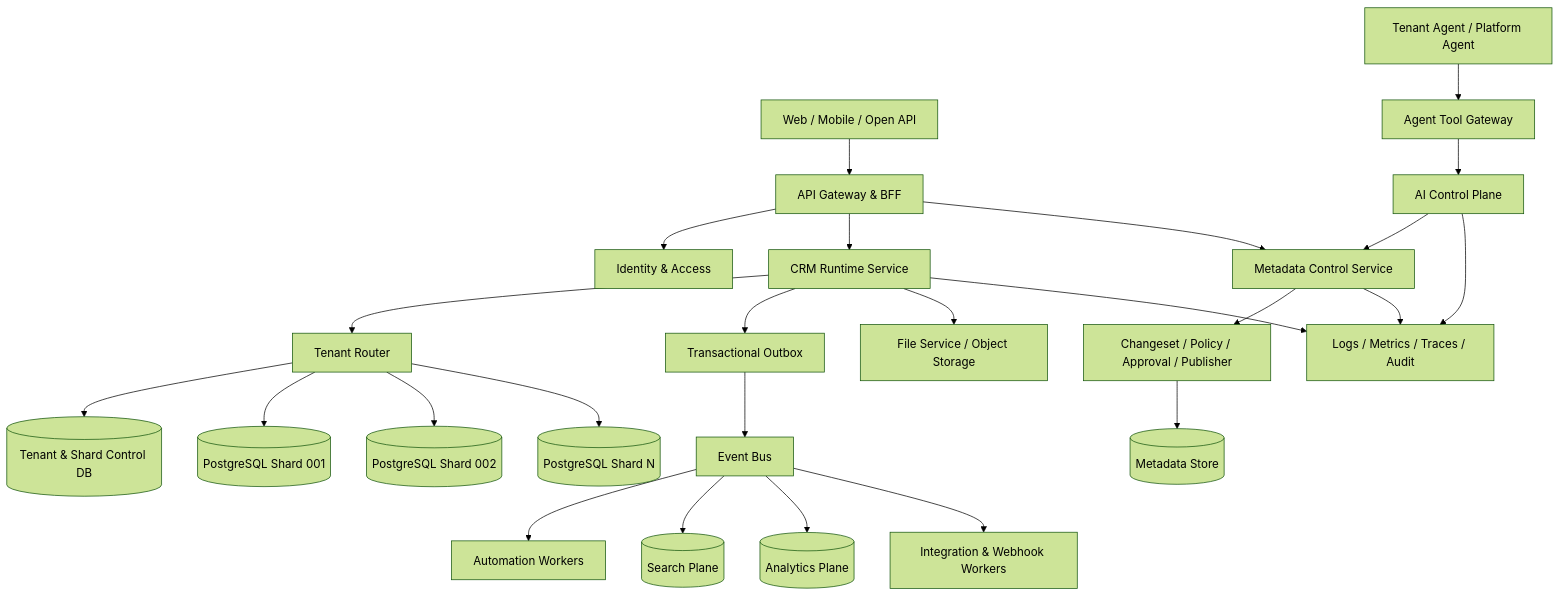
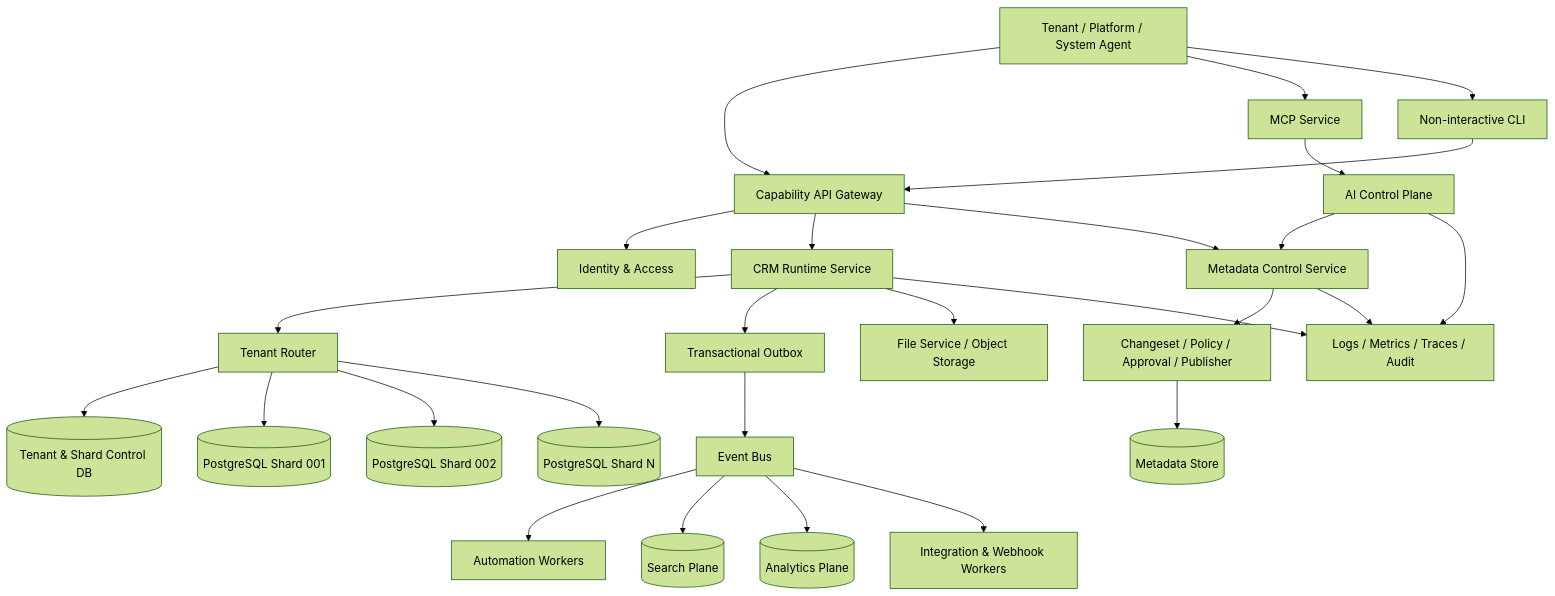
One commit to OlivierZEN/ai-native-platform changed the first of 4 diagrams in docs/specs/FEAT-009-greenfield-ai-native-crm-platform.md. Above: the diagram before and after it, drawn with Mermaid (forest theme). The commit also changed other lines of this file and 6 other files, not shown here.

Commit message:
Define pure Agent capability contract

````diff
--- a/docs/specs/FEAT-009-greenfield-ai-native-crm-platform.md
+++ b/docs/specs/FEAT-009-greenfield-ai-native-crm-platform.md
@@ -109,27 +109,29 @@
 ```mermaid
 flowchart TB
-    U["Web / Mobile / Open API"] --> G["API Gateway & BFF"]
-    A["Tenant Agent / Platform Agent"] --> AT["Agent Tool Gateway"]
+    A["Tenant / Platform / System Agent"] --> G["Capability API Gateway"]
+    A --> AT["MCP Service"]
+    A --> CLI["Non-interactive CLI"]
     G --> IAM["Identity & Access"]
     G --> RT["CRM Runtime Service"]
     G --> META["Metadata Control Service"]
     AT --> AIC["AI Control Plane"]
+    CLI --> G
     AIC --> META
     META --> CHG["Changeset / Policy / Approval / Publisher"]
     CHG --> MC[("Metadata Store")]
     RT --> ROUTE["Tenant Router"]
     ROUTE --> TC[("Tenant & Shard Control DB")]
     ROUTE --> S1[("PostgreSQL Shard 001")]
     ROUTE --> S2[("PostgreSQL Shard 002")]
     ROUTE --> SN[("PostgreSQL Shard N")]
     RT --> OUT["Transactional Outbox"]
     OUT --> BUS["Event Bus"]
     BUS --> AUTO["Automation Workers"]
     BUS --> SEARCH[("Search Plane")]
     BUS --> OLAP[("Analytics Plane")]
     BUS --> INT["Integration & Webhook Workers"]
     RT --> FILE["File Service / Object Storage"]
     RT --> OBS["Logs / Metrics / Traces / Audit"]
     META --> OBS
     AIC --> OBS
 ```
````
